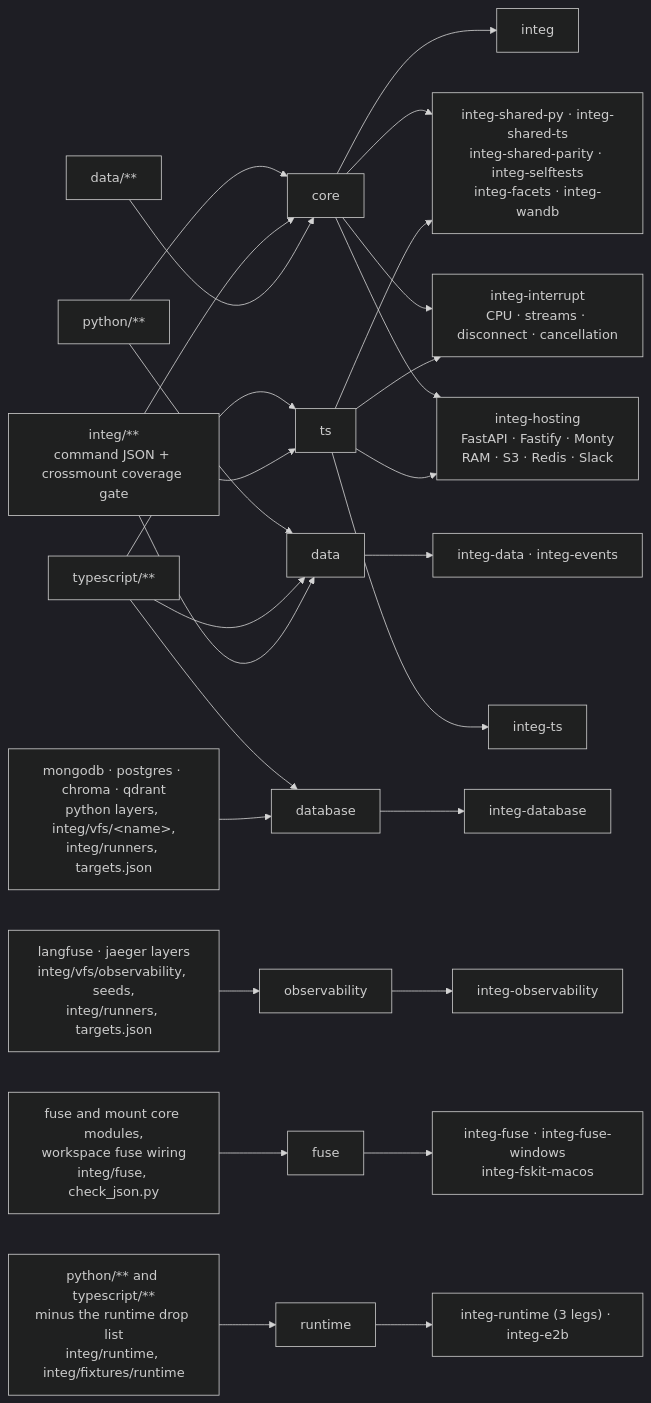
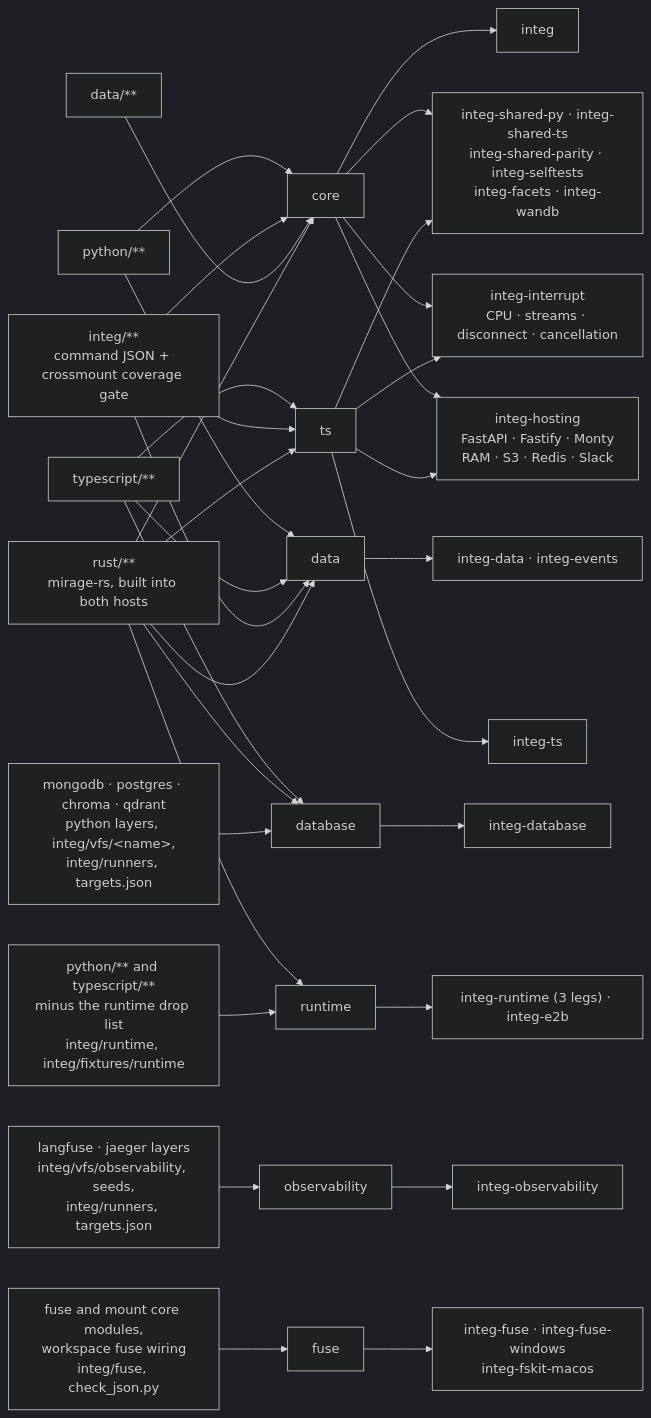
Before and after one commit to bytecii/mirage: the diagram in integ/README.md, drawn with Mermaid (dark theme). The commit also changed other lines of this file and 84 other files, not shown here.

````diff
--- a/integ/README.md
+++ b/integ/README.md
@@ -203,21 +203,22 @@
 ```mermaid
 flowchart LR
     PY["python/**"] --> core & data
     TSX["typescript/**"] --> ts & data & database
     IN["integ/**<br/>command JSON + crossmount coverage gate"] --> core & ts & data
     D["data/**"] --> core
+    RS["rust/**<br/>mirage-rs, built into both hosts"] --> core & ts & data & database & runtime
     DB["mongodb · postgres · chroma · qdrant<br/>python layers, integ/vfs/&lt;name&gt;,<br/>integ/runners, targets.json"] --> database
     OB["langfuse · jaeger layers<br/>integ/vfs/observability, seeds,<br/>integ/runners, targets.json"] --> observability
     FS["fuse and mount core modules,<br/>workspace fuse wiring<br/>integ/fuse, check_json.py"] --> fuse
     RT["python/** and typescript/**<br/>minus the runtime drop list<br/>integ/runtime, integ/fixtures/runtime"] --> runtime
     core --> J1["integ"]
     ts --> J2["integ-ts"]
     core & ts --> J3["integ-shared-py · integ-shared-ts<br/>integ-shared-parity · integ-selftests<br/>integ-facets · integ-wandb"]
     core & ts --> INTERRUPT["integ-interrupt<br/>CPU · streams · disconnect · cancellation"]
     core & ts --> HOST["integ-hosting<br/>FastAPI · Fastify · Monty<br/>RAM · S3 · Redis · Slack"]
     data --> J4["integ-data · integ-events"]
     database --> J5["integ-database"]
     observability --> J6["integ-observability"]
     fuse --> J7["integ-fuse · integ-fuse-windows<br/>integ-fskit-macos"]
     runtime --> J8["integ-runtime (3 legs) · integ-e2b"]
 ```
````
